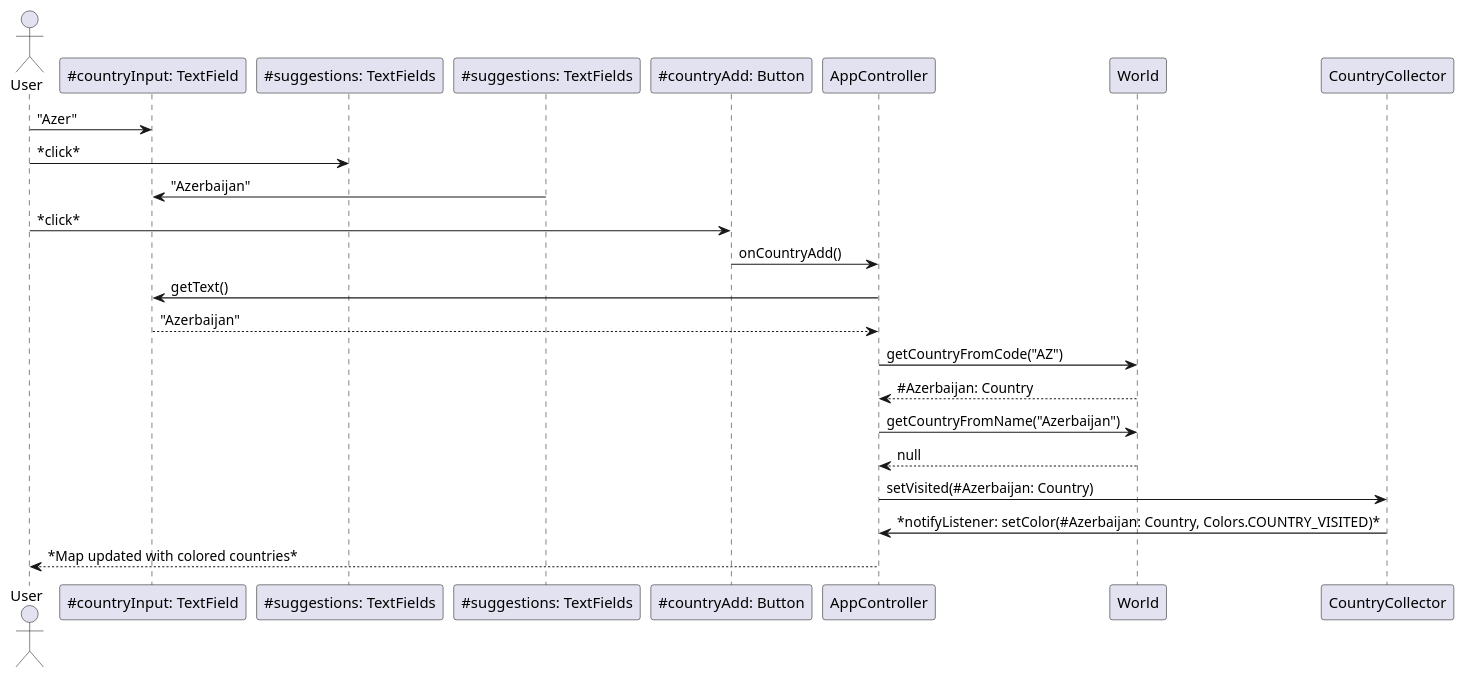
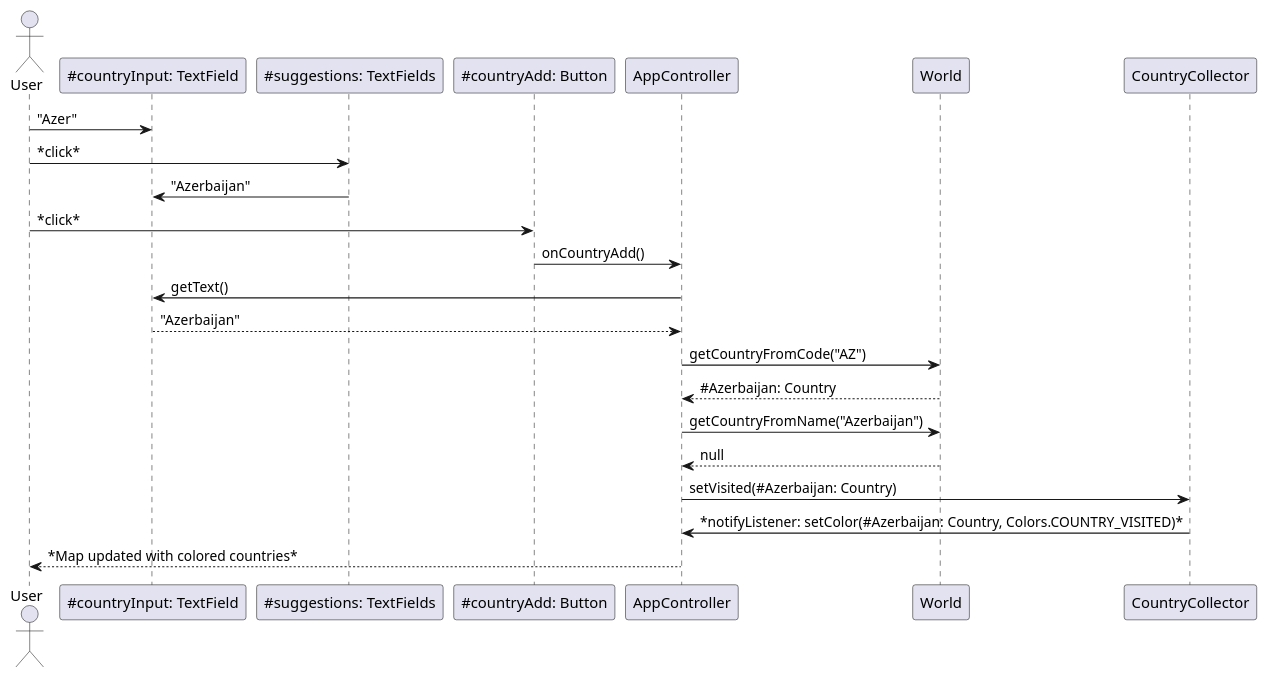
One commit to dotClique/globingular changed the third of 4 diagrams in userStories/README.md. Above: the diagram before and after it, drawn with PlantUML.

Commit message:
Make change to plantuml diagram for user story 5

````diff
--- a/userStories/README.md
+++ b/userStories/README.md
@@ -60,18 +60,18 @@
 ```plantuml
 
 actor User
 User -> "~#countryInput: TextField" as countryInput: "Azer"
 User -> "~#suggestions: TextFields" as suggestions: *click*
-"~#suggestions: TextFields" -> countryInput: "Azerbaijan"
+suggestions -> countryInput: "Azerbaijan"
 User -> "~#countryAdd: Button" as countryAdd: *click*
 countryAdd -> AppController: onCountryAdd()
 AppController -> countryInput: getText()
 return "Azerbaijan"
 AppController -> World: getCountryFromCode("AZ")
 return ~#Azerbaijan: Country
 AppController -> World: getCountryFromName("Azerbaijan")
 return null
 AppController -> CountryCollector: setVisited(#Azerbaijan: Country)
 CountryCollector -> AppController: *notifyListener: setColor(#Azerbaijan: Country, Colors.COUNTRY_VISITED)*
 AppController --> User: *Map updated with colored countries*
 ```
````
